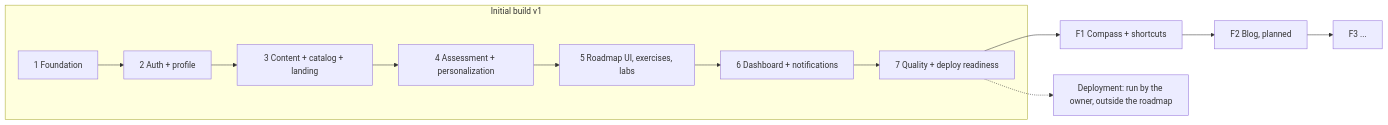
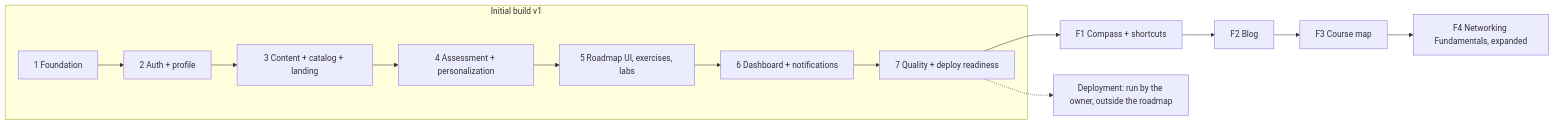
The diagram in docs/IMPLEMENTATION_ROADMAP.md (VoHieu906/Cyber-Compass), drawn with Mermaid before and after one commit. The commit also changed other lines of this file and 6 other files, not shown here.

Commit message:
docs(content): course map decisions D57 to D60 and Part A report (F3 Part A)

````diff
--- a/docs/IMPLEMENTATION_ROADMAP.md
+++ b/docs/IMPLEMENTATION_ROADMAP.md
@@ -5,15 +5,16 @@
 ```mermaid
 flowchart LR
   subgraph v1[Initial build v1]
     P1[1 Foundation] --> P2[2 Auth + profile]
     P2 --> P3[3 Content + catalog + landing]
     P3 --> P4[4 Assessment + personalization]
     P4 --> P5[5 Roadmap UI, exercises, labs]
     P5 --> P6[6 Dashboard + notifications]
     P6 --> P7[7 Quality + deploy readiness]
   end
   P7 --> F1[F1 Compass + shortcuts]
-  F1 --> F2[F2 Blog, planned]
-  F2 --> FN[F3 ...]
+  F1 --> F2[F2 Blog]
+  F2 --> F3[F3 Course map]
+  F3 --> F4[F4 Networking Fundamentals, expanded]
   P7 -.-> DEP[Deployment: run by the owner, outside the roadmap]
 ```
````
